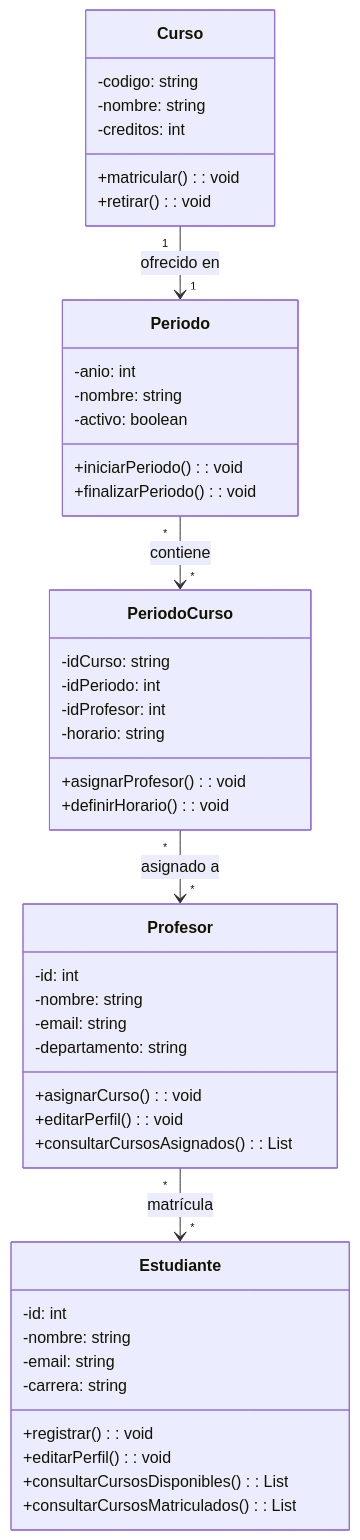
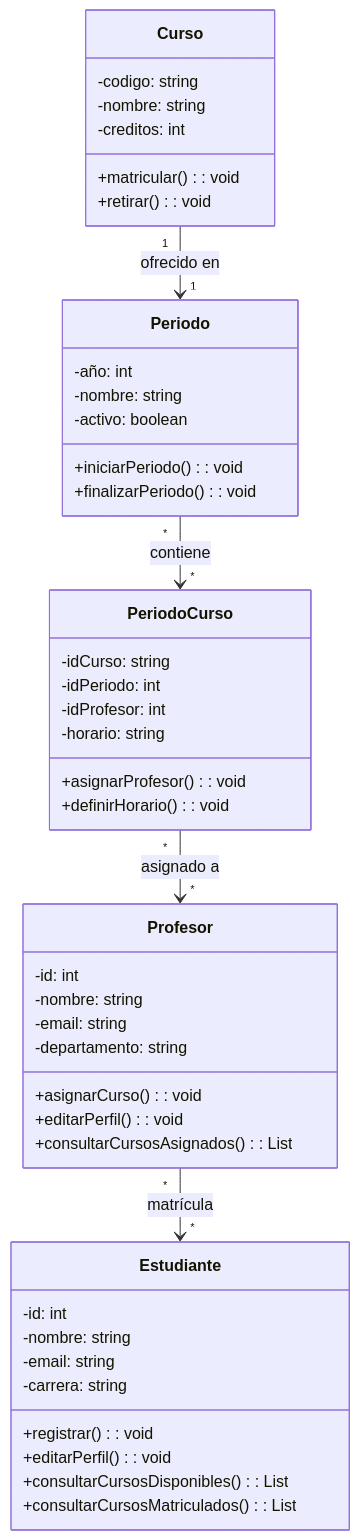
Before and after one commit to NachoCR94/II51_Laboratorios: the diagram in InvestigacionCSS/diagrama_uml.mmd, drawn with Mermaid. The commit also changed 3 other files, not shown here.

```diff
--- a/InvestigacionCSS/diagrama_uml.mmd
+++ b/InvestigacionCSS/diagrama_uml.mmd
@@ -1,51 +1,51 @@
 classDiagram
     class Estudiante {
         -id: int
         -nombre: string
         -email: string
         -carrera: string
         +registrar(): void
         +editarPerfil(): void
         +consultarCursosDisponibles(): List<Curso>
         +consultarCursosMatriculados(): List<Curso>
     }
  
     class Curso {
         -codigo: string
         -nombre: string
         -creditos: int
         +matricular(): void
         +retirar(): void
     }
 
     class Periodo {
-        -anio: int
+        -año: int
         -nombre: string
         -activo: boolean
         +iniciarPeriodo(): void
         +finalizarPeriodo(): void
     }
  
   class PeriodoCurso {
         -idCurso: string
         -idPeriodo: int
         -idProfesor: int
         -horario: string
         +asignarProfesor(): void
         +definirHorario(): void
     }
 
   class Profesor {
         -id: int
         -nombre: string
         -email: string
         -departamento: string
         +asignarCurso(): void
         +editarPerfil(): void
         +consultarCursosAsignados(): List<PeriodoCurso>
     }
 
     Curso "1" --> "1" Periodo : ofrecido en
     Periodo "*" --> "*" PeriodoCurso : contiene
     PeriodoCurso "*" --> "*" Profesor : asignado a
     Profesor "*" --> "*" Estudiante : matrícula
```
